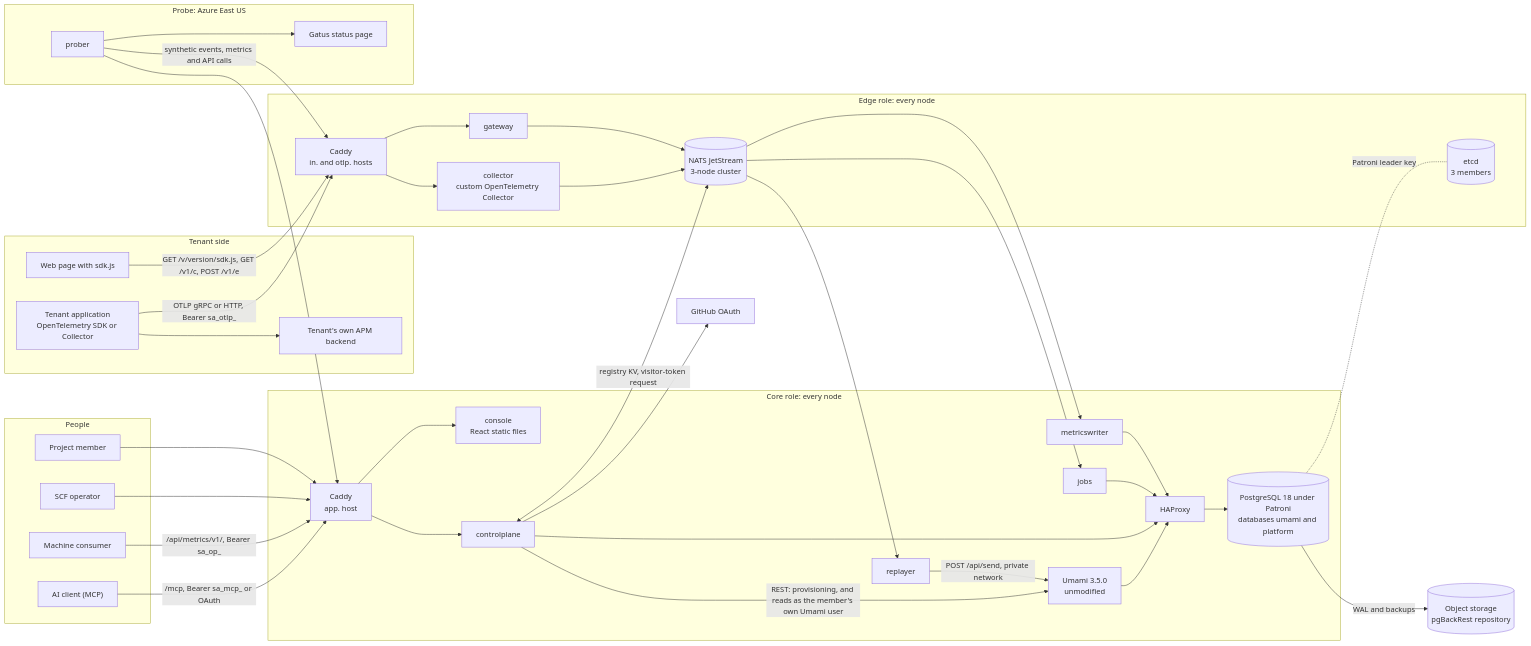
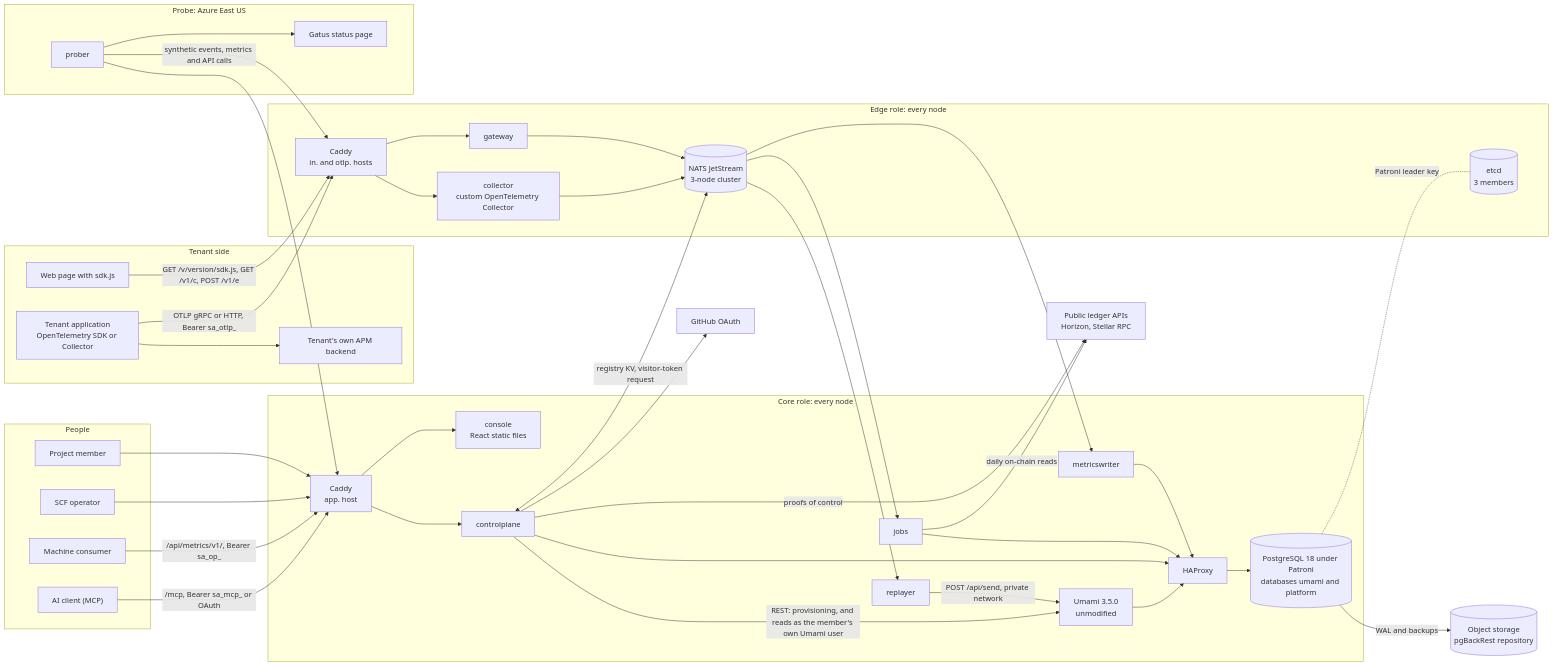
The first of 5 diagrams in docs/architecture.md (justmert/veristar), drawn with Mermaid before and after one commit. The commit also changed other lines of this file and 3 other files, not shown here.

Commit message:
describe on-chain activity and signed reports in the readme, introduction, how it works and architecture, and name every sign-in method and command

````diff
--- a/docs/architecture.md
+++ b/docs/architecture.md
@@ -15,72 +15,75 @@
 ```mermaid
 flowchart LR
   subgraph tenant["Tenant side"]
     page["Web page with sdk.js"]
     app["Tenant application<br/>OpenTelemetry SDK or Collector"]
     apm["Tenant's own APM backend"]
   end
   subgraph users["People"]
     member["Project member"]
     op["SCF operator"]
     machine["Machine consumer"]
     ai["AI client (MCP)"]
   end
 
   subgraph edge["Edge role: every node"]
     ecaddy["Caddy<br/>in. and otlp. hosts"]
     gw["gateway"]
     col["collector<br/>custom OpenTelemetry Collector"]
     nats[("NATS JetStream<br/>3-node cluster")]
     etcd[("etcd<br/>3 members")]
   end
 
   subgraph core["Core role: every node"]
     ccaddy["Caddy<br/>app. host"]
     console["console<br/>React static files"]
     cp["controlplane"]
     umami["Umami 3.5.0<br/>unmodified"]
     rep["replayer"]
     mw["metricswriter"]
     jobs["jobs"]
     hap["HAProxy"]
     pg[("PostgreSQL 18 under Patroni<br/>databases umami and platform")]
   end
 
   backup[("Object storage<br/>pgBackRest repository")]
   subgraph probe["Probe: Azure East US"]
     prober["prober"]
     gatus["Gatus status page"]
   end
   github["GitHub OAuth"]
+  ledger["Public ledger APIs<br/>Horizon, Stellar RPC"]
 
   page -- "GET /v/version/sdk.js, GET /v1/c, POST /v1/e" --> ecaddy
   app -- "OTLP gRPC or HTTP, Bearer sa_otlp_" --> ecaddy
   app --> apm
   ecaddy --> gw
   ecaddy --> col
   gw --> nats
   col --> nats
   nats --> rep
   nats --> mw
   nats --> jobs
   rep -- "POST /api/send, private network" --> umami
   mw --> hap
   jobs --> hap
   cp --> hap
   umami --> hap
   hap --> pg
   pg -. "Patroni leader key" .- etcd
   pg -- "WAL and backups" --> backup
   member --> ccaddy
   op --> ccaddy
   machine -- "/api/metrics/v1/, Bearer sa_op_" --> ccaddy
   ai -- "/mcp, Bearer sa_mcp_ or OAuth" --> ccaddy
   ccaddy --> console
   ccaddy --> cp
   cp -- "REST: provisioning, and reads as the member's own Umami user" --> umami
   cp <-- "registry KV, visitor-token request" --> nats
   cp --> github
+  cp -- "proofs of control" --> ledger
+  jobs -- "daily on-chain reads" --> ledger
   prober -- "synthetic events, metrics and API calls" --> ecaddy
   prober --> ccaddy
   prober --> gatus
 ```
````
